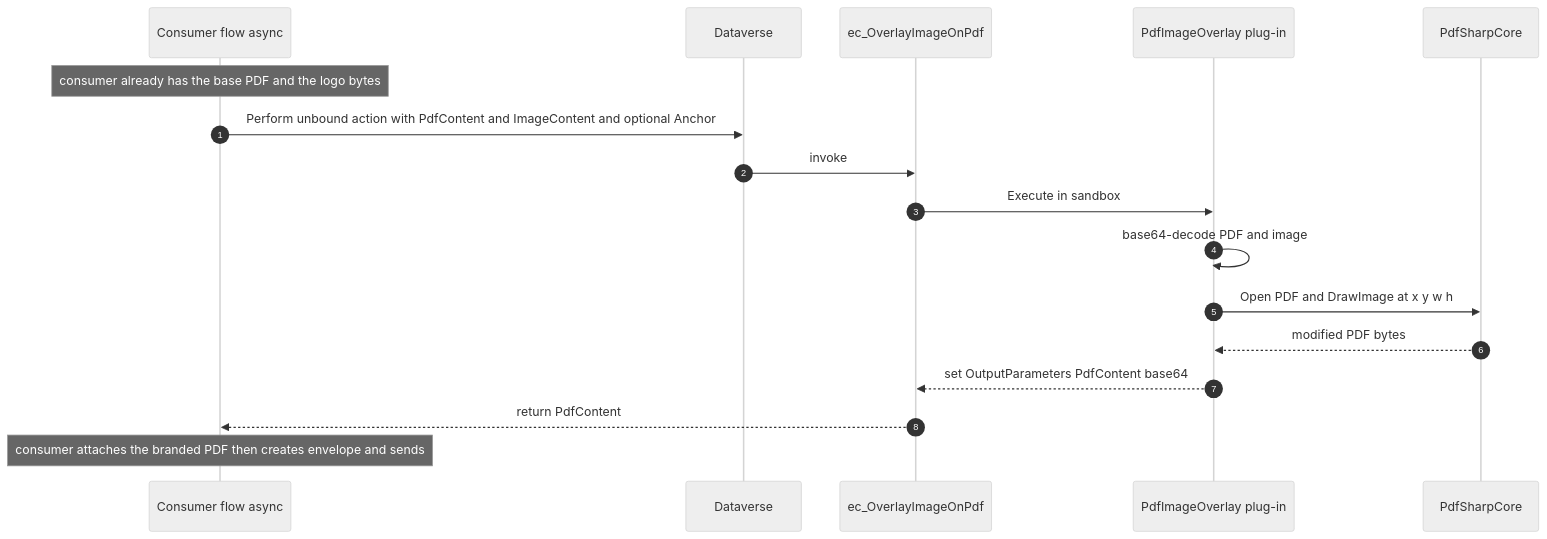
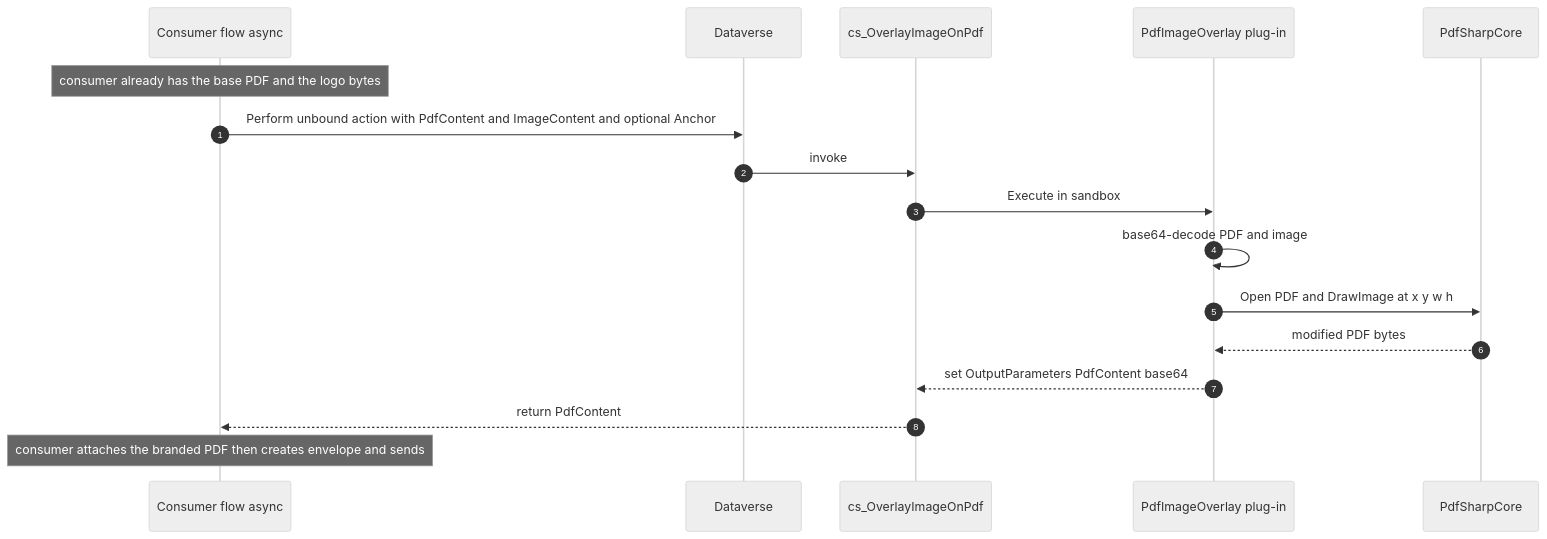
Before and after one commit to Cloudstrucc/nintex-dataverse: the second of 2 diagrams in solutions/docs/pdf-overlay-plugin/README.md, drawn with Mermaid (neutral theme). The commit also changed other lines of this file, not shown here.

````diff
--- a/solutions/docs/pdf-overlay-plugin/README.md
+++ b/solutions/docs/pdf-overlay-plugin/README.md
@@ -85,20 +102,20 @@
 ```mermaid
 sequenceDiagram
   autonumber
   participant F as Consumer flow async
   participant DV as Dataverse
-  participant API as ec_OverlayImageOnPdf
+  participant API as cs_OverlayImageOnPdf
   participant PG as PdfImageOverlay plug-in
   participant PS as PdfSharpCore
 
   Note over F: consumer already has the base PDF and the logo bytes
   F->>DV: Perform unbound action with PdfContent and ImageContent and optional Anchor
   DV->>API: invoke
   API->>PG: Execute in sandbox
   PG->>PG: base64-decode PDF and image
   PG->>PS: Open PDF and DrawImage at x y w h
   PS-->>PG: modified PDF bytes
   PG-->>API: set OutputParameters PdfContent base64
   API-->>F: return PdfContent
   Note over F: consumer attaches the branded PDF then creates envelope and sends
 ```
````
